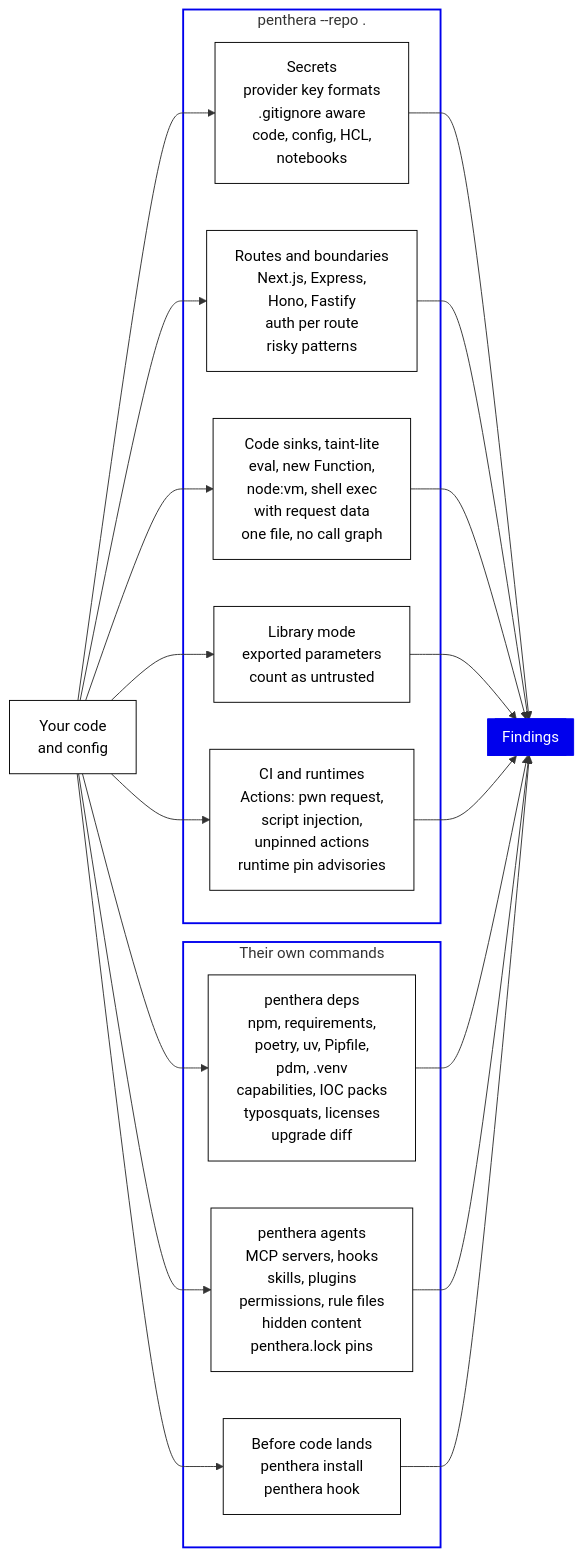
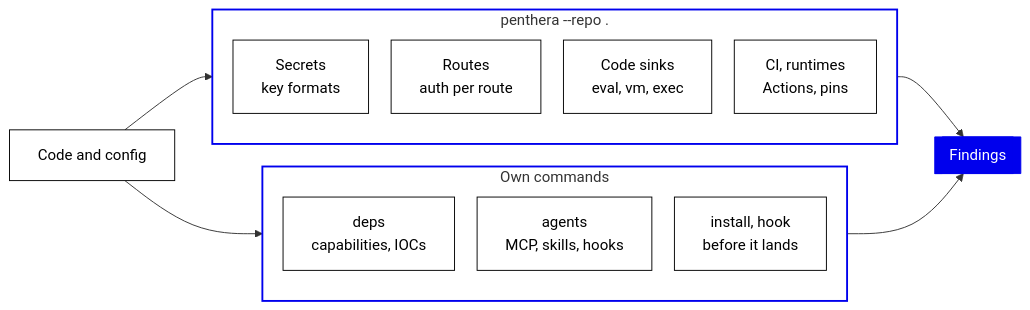
One commit to danoszz/penthera changed the third of 4 diagrams in README.md. Above: the diagram before and after it, drawn with Mermaid. The commit also changed other lines of this file and 2 other files, not shown here.

First line of the commit message:
docs: simple diagram first, advanced views under toggles

````diff
--- a/README.md
+++ b/README.md
@@ -275,28 +281,30 @@
 ```mermaid
+%%{init: {"flowchart": {"nodeSpacing": 24, "rankSpacing": 40}}}%%
 flowchart LR
-    REPO["Your code<br/>and config"]
+    REPO["Code and config"] --> RS
+    REPO --> OWN
 
     subgraph RS["penthera --repo ."]
-        W1["Secrets<br/>provider key formats<br/>.gitignore aware<br/>code, config, HCL,<br/>notebooks"]
-        W2["Routes and boundaries<br/>Next.js, Express,<br/>Hono, Fastify<br/>auth per route<br/>risky patterns"]
-        W3["Code sinks, taint-lite<br/>eval, new Function,<br/>node:vm, shell exec<br/>with request data<br/>one file, no call graph"]
-        W4["Library mode<br/>exported parameters<br/>count as untrusted"]
-        W5["CI and runtimes<br/>Actions: pwn request,<br/>script injection,<br/>unpinned actions<br/>runtime pin advisories"]
+        direction TB
+        W1["Secrets<br/>key formats"]
+        W2["Routes<br/>auth per route"]
+        W3["Code sinks<br/>eval, vm, exec"]
+        W4["CI, runtimes<br/>Actions, pins"]
     end
 
-    subgraph OWN["Their own commands"]
-        W6["penthera deps<br/>npm, requirements,<br/>poetry, uv, Pipfile,<br/>pdm, .venv<br/>capabilities, IOC packs<br/>typosquats, licenses<br/>upgrade diff"]
-        W7["penthera agents<br/>MCP servers, hooks<br/>skills, plugins<br/>permissions, rule files<br/>hidden content<br/>penthera.lock pins"]
-        W8["Before code lands<br/>penthera install<br/>penthera hook"]
+    subgraph OWN["Own commands"]
+        direction TB
+        W5["deps<br/>capabilities, IOCs"]
+        W6["agents<br/>MCP, skills, hooks"]
+        W7["install, hook<br/>before it lands"]
     end
 
-    REPO --> W1 & W2 & W3 & W4 & W5 & W6 & W7 & W8
-    W1 & W2 & W3 & W4 & W5 & W6 & W7 & W8 --> F[["Findings"]]
+    RS & OWN --> F[["Findings"]]
 
     classDef core fill:#0000ed,stroke:#0000ed,color:#ffffff
     classDef box fill:#ffffff,stroke:#000000,color:#000000
     class F core
-    class REPO,W1,W2,W3,W4,W5,W6,W7,W8 box
+    class REPO,W1,W2,W3,W4,W5,W6,W7 box
     style RS fill:none,stroke:#0000ed,stroke-width:2px
     style OWN fill:none,stroke:#0000ed,stroke-width:2px
 ```
````
